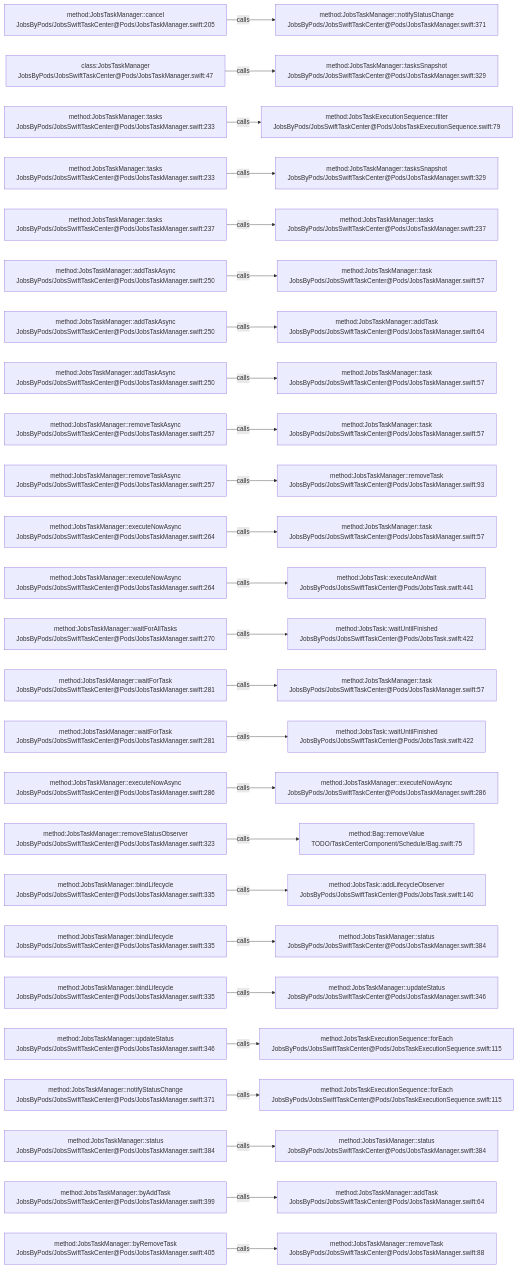
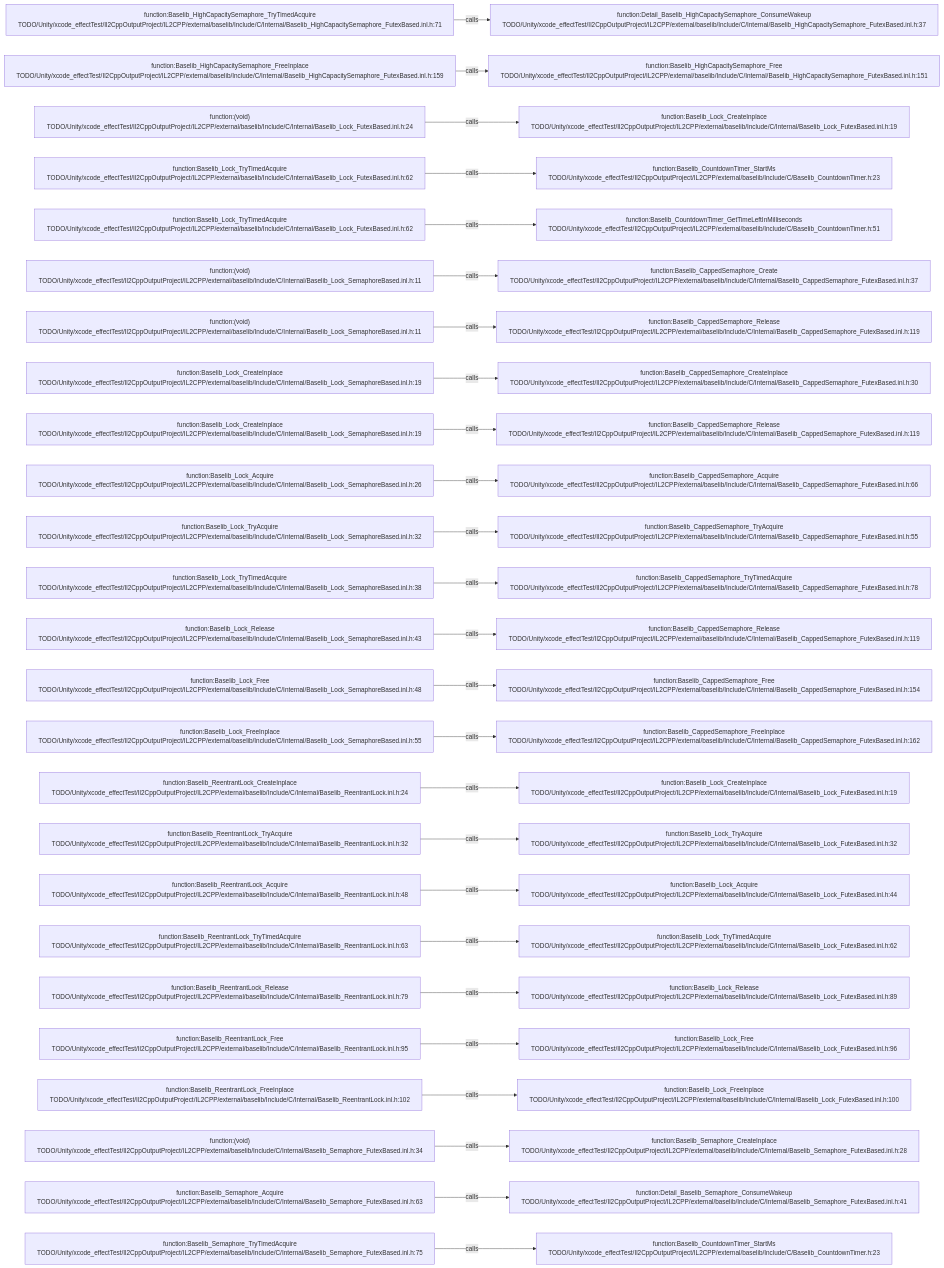
One commit to JobsKits/JobsSwiftBaseConfigDemo changed the diagram in .codegraph/codegraph.md/graphs/calls-057.md. Above: the diagram before and after it, drawn with Mermaid. The commit also changed 227 other files, not shown here.

````diff
--- a/.codegraph/codegraph.md/graphs/calls-057.md
+++ b/.codegraph/codegraph.md/graphs/calls-057.md
@@ -13,78 +13,78 @@
 ```mermaid
 flowchart LR
-  S1["method:JobsTaskManager::cancel<br/>JobsByPods/JobsSwiftTaskCenter@Pods/JobsTaskManager.swift:205"]
-  T1["method:JobsTaskManager::notifyStatusChange<br/>JobsByPods/JobsSwiftTaskCenter@Pods/JobsTaskManager.swift:371"]
+  S1["function:Baselib_HighCapacitySemaphore_TryTimedAcquire<br/>TODO/Unity/xcode_effectTest/Il2CppOutputProject/IL2CPP/external/baselib/Include/C/Internal/Baselib_HighCapacitySemaphore_FutexBased.inl.h:71"]
+  T1["function:Detail_Baselib_HighCapacitySemaphore_ConsumeWakeup<br/>TODO/Unity/xcode_effectTest/Il2CppOutputProject/IL2CPP/external/baselib/Include/C/Internal/Baselib_HighCapacitySemaphore_FutexBased.inl.h:37"]
   S1 -->|calls| T1
-  S2["class:JobsTaskManager<br/>JobsByPods/JobsSwiftTaskCenter@Pods/JobsTaskManager.swift:47"]
-  T2["method:JobsTaskManager::tasksSnapshot<br/>JobsByPods/JobsSwiftTaskCenter@Pods/JobsTaskManager.swift:329"]
+  S2["function:Baselib_HighCapacitySemaphore_FreeInplace<br/>TODO/Unity/xcode_effectTest/Il2CppOutputProject/IL2CPP/external/baselib/Include/C/Internal/Baselib_HighCapacitySemaphore_FutexBased.inl.h:159"]
+  T2["function:Baselib_HighCapacitySemaphore_Free<br/>TODO/Unity/xcode_effectTest/Il2CppOutputProject/IL2CPP/external/baselib/Include/C/Internal/Baselib_HighCapacitySemaphore_FutexBased.inl.h:151"]
   S2 -->|calls| T2
-  S3["method:JobsTaskManager::tasks<br/>JobsByPods/JobsSwiftTaskCenter@Pods/JobsTaskManager.swift:233"]
-  T3["method:JobsTaskExecutionSequence::filter<br/>JobsByPods/JobsSwiftTaskCenter@Pods/JobsTaskExecutionSequence.swift:79"]
+  S3["function:(void)<br/>TODO/Unity/xcode_effectTest/Il2CppOutputProject/IL2CPP/external/baselib/Include/C/Internal/Baselib_Lock_FutexBased.inl.h:24"]
+  T3["function:Baselib_Lock_CreateInplace<br/>TODO/Unity/xcode_effectTest/Il2CppOutputProject/IL2CPP/external/baselib/Include/C/Internal/Baselib_Lock_FutexBased.inl.h:19"]
   S3 -->|calls| T3
-  S4["method:JobsTaskManager::tasks<br/>JobsByPods/JobsSwiftTaskCenter@Pods/JobsTaskManager.swift:233"]
-  T4["method:JobsTaskManager::tasksSnapshot<br/>JobsByPods/JobsSwiftTaskCenter@Pods/JobsTaskManager.swift:329"]
+  S4["function:Baselib_Lock_TryTimedAcquire<br/>TODO/Unity/xcode_effectTest/Il2CppOutputProject/IL2CPP/external/baselib/Include/C/Internal/Baselib_Lock_FutexBased.inl.h:62"]
+  T4["function:Baselib_CountdownTimer_StartMs<br/>TODO/Unity/xcode_effectTest/Il2CppOutputProject/IL2CPP/external/baselib/Include/C/Baselib_CountdownTimer.h:23"]
   S4 -->|calls| T4
-  S5["method:JobsTaskManager::tasks<br/>JobsByPods/JobsSwiftTaskCenter@Pods/JobsTaskManager.swift:237"]
-  T5["method:JobsTaskManager::tasks<br/>JobsByPods/JobsSwiftTaskCenter@Pods/JobsTaskManager.swift:237"]
+  S5["function:Baselib_Lock_TryTimedAcquire<br/>TODO/Unity/xcode_effectTest/Il2CppOutputProject/IL2CPP/external/baselib/Include/C/Internal/Baselib_Lock_FutexBased.inl.h:62"]
+  T5["function:Baselib_CountdownTimer_GetTimeLeftInMilliseconds<br/>TODO/Unity/xcode_effectTest/Il2CppOutputProject/IL2CPP/external/baselib/Include/C/Baselib_CountdownTimer.h:51"]
   S5 -->|calls| T5
-  S6["method:JobsTaskManager::addTaskAsync<br/>JobsByPods/JobsSwiftTaskCenter@Pods/JobsTaskManager.swift:250"]
-  T6["method:JobsTaskManager::task<br/>JobsByPods/JobsSwiftTaskCenter@Pods/JobsTaskManager.swift:57"]
+  S6["function:(void)<br/>TODO/Unity/xcode_effectTest/Il2CppOutputProject/IL2CPP/external/baselib/Include/C/Internal/Baselib_Lock_SemaphoreBased.inl.h:11"]
+  T6["function:Baselib_CappedSemaphore_Create<br/>TODO/Unity/xcode_effectTest/Il2CppOutputProject/IL2CPP/external/baselib/Include/C/Internal/Baselib_CappedSemaphore_FutexBased.inl.h:37"]
   S6 -->|calls| T6
-  S7["method:JobsTaskManager::addTaskAsync<br/>JobsByPods/JobsSwiftTaskCenter@Pods/JobsTaskManager.swift:250"]
-  T7["method:JobsTaskManager::addTask<br/>JobsByPods/JobsSwiftTaskCenter@Pods/JobsTaskManager.swift:64"]
+  S7["function:(void)<br/>TODO/Unity/xcode_effectTest/Il2CppOutputProject/IL2CPP/external/baselib/Include/C/Internal/Baselib_Lock_SemaphoreBased.inl.h:11"]
+  T7["function:Baselib_CappedSemaphore_Release<br/>TODO/Unity/xcode_effectTest/Il2CppOutputProject/IL2CPP/external/baselib/Include/C/Internal/Baselib_CappedSemaphore_FutexBased.inl.h:119"]
   S7 -->|calls| T7
-  S8["method:JobsTaskManager::addTaskAsync<br/>JobsByPods/JobsSwiftTaskCenter@Pods/JobsTaskManager.swift:250"]
-  T8["method:JobsTaskManager::task<br/>JobsByPods/JobsSwiftTaskCenter@Pods/JobsTaskManager.swift:57"]
+  S8["function:Baselib_Lock_CreateInplace<br/>TODO/Unity/xcode_effectTest/Il2CppOutputProject/IL2CPP/external/baselib/Include/C/Internal/Baselib_Lock_SemaphoreBased.inl.h:19"]
+  T8["function:Baselib_CappedSemaphore_CreateInplace<br/>TODO/Unity/xcode_effectTest/Il2CppOutputProject/IL2CPP/external/baselib/Include/C/Internal/Baselib_CappedSemaphore_FutexBased.inl.h:30"]
   S8 -->|calls| T8
-  S9["method:JobsTaskManager::removeTaskAsync<br/>JobsByPods/JobsSwiftTaskCenter@Pods/JobsTaskManager.swift:257"]
-  T9["method:JobsTaskManager::task<br/>JobsByPods/JobsSwiftTaskCenter@Pods/JobsTaskManager.swift:57"]
+  S9["function:Baselib_Lock_CreateInplace<br/>TODO/Unity/xcode_effectTest/Il2CppOutputProject/IL2CPP/external/baselib/Include/C/Internal/Baselib_Lock_SemaphoreBased.inl.h:19"]
+  T9["function:Baselib_CappedSemaphore_Release<br/>TODO/Unity/xcode_effectTest/Il2CppOutputProject/IL2CPP/external/baselib/Include/C/Internal/Baselib_CappedSemaphore_FutexBased.inl.h:119"]
   S9 -->|calls| T9
-  S10["method:JobsTaskManager::removeTaskAsync<br/>JobsByPods/JobsSwiftTaskCenter@Pods/JobsTaskManager.swift:257"]
-  T10["method:JobsTaskManager::removeTask<br/>JobsByPods/JobsSwiftTaskCenter@Pods/JobsTaskManager.swift:93"]
+  S10["function:Baselib_Lock_Acquire<br/>TODO/Unity/xcode_effectTest/Il2CppOutputProject/IL2CPP/external/baselib/Include/C/Internal/Baselib_Lock_SemaphoreBased.inl.h:26"]
+  T10["function:Baselib_CappedSemaphore_Acquire<br/>TODO/Unity/xcode_effectTest/Il2CppOutputProject/IL2CPP/external/baselib/Include/C/Internal/Baselib_CappedSemaphore_FutexBased.inl.h:66"]
   S10 -->|calls| T10
-  S11["method:JobsTaskManager::executeNowAsync<br/>JobsByPods/JobsSwiftTaskCenter@Pods/JobsTaskManager.swift:264"]
-  T11["method:JobsTaskManager::task<br/>JobsByPods/JobsSwiftTaskCenter@Pods/JobsTaskManager.swift:57"]
+  S11["function:Baselib_Lock_TryAcquire<br/>TODO/Unity/xcode_effectTest/Il2CppOutputProject/IL2CPP/external/baselib/Include/C/Internal/Baselib_Lock_SemaphoreBased.inl.h:32"]
+  T11["function:Baselib_CappedSemaphore_TryAcquire<br/>TODO/Unity/xcode_effectTest/Il2CppOutputProject/IL2CPP/external/baselib/Include/C/Internal/Baselib_CappedSemaphore_FutexBased.inl.h:55"]
   S11 -->|calls| T11
-  S12["method:JobsTaskManager::executeNowAsync<br/>JobsByPods/JobsSwiftTaskCenter@Pods/JobsTaskManager.swift:264"]
-  T12["method:JobsTask::executeAndWait<br/>JobsByPods/JobsSwiftTaskCenter@Pods/JobsTask.swift:441"]
+  S12["function:Baselib_Lock_TryTimedAcquire<br/>TODO/Unity/xcode_effectTest/Il2CppOutputProject/IL2CPP/external/baselib/Include/C/Internal/Baselib_Lock_SemaphoreBased.inl.h:38"]
+  T12["function:Baselib_CappedSemaphore_TryTimedAcquire<br/>TODO/Unity/xcode_effectTest/Il2CppOutputProject/IL2CPP/external/baselib/Include/C/Internal/Baselib_CappedSemaphore_FutexBased.inl.h:78"]
   S12 -->|calls| T12
-  S13["method:JobsTaskManager::waitForAllTasks<br/>JobsByPods/JobsSwiftTaskCenter@Pods/JobsTaskManager.swift:270"]
-  T13["method:JobsTask::waitUntilFinished<br/>JobsByPods/JobsSwiftTaskCenter@Pods/JobsTask.swift:422"]
+  S13["function:Baselib_Lock_Release<br/>TODO/Unity/xcode_effectTest/Il2CppOutputProject/IL2CPP/external/baselib/Include/C/Internal/Baselib_Lock_SemaphoreBased.inl.h:43"]
+  T13["function:Baselib_CappedSemaphore_Release<br/>TODO/Unity/xcode_effectTest/Il2CppOutputProject/IL2CPP/external/baselib/Include/C/Internal/Baselib_CappedSemaphore_FutexBased.inl.h:119"]
   S13 -->|calls| T13
-  S14["method:JobsTaskManager::waitForTask<br/>JobsByPods/JobsSwiftTaskCenter@Pods/JobsTaskManager.swift:281"]
-  T14["method:JobsTaskManager::task<br/>JobsByPods/JobsSwiftTaskCenter@Pods/JobsTaskManager.swift:57"]
+  S14["function:Baselib_Lock_Free<br/>TODO/Unity/xcode_effectTest/Il2CppOutputProject/IL2CPP/external/baselib/Include/C/Internal/Baselib_Lock_SemaphoreBased.inl.h:48"]
+  T14["function:Baselib_CappedSemaphore_Free<br/>TODO/Unity/xcode_effectTest/Il2CppOutputProject/IL2CPP/external/baselib/Include/C/Internal/Baselib_CappedSemaphore_FutexBased.inl.h:154"]
   S14 -->|calls| T14
-  S15["method:JobsTaskManager::waitForTask<br/>JobsByPods/JobsSwiftTaskCenter@Pods/JobsTaskManager.swift:281"]
-  T15["method:JobsTask::waitUntilFinished<br/>JobsByPods/JobsSwiftTaskCenter@Pods/JobsTask.swift:422"]
+  S15["function:Baselib_Lock_FreeInplace<br/>TODO/Unity/xcode_effectTest/Il2CppOutputProject/IL2CPP/external/baselib/Include/C/Internal/Baselib_Lock_SemaphoreBased.inl.h:55"]
+  T15["function:Baselib_CappedSemaphore_FreeInplace<br/>TODO/Unity/xcode_effectTest/Il2CppOutputProject/IL2CPP/external/baselib/Include/C/Internal/Baselib_CappedSemaphore_FutexBased.inl.h:162"]
   S15 -->|calls| T15
-  S16["method:JobsTaskManager::executeNowAsync<br/>JobsByPods/JobsSwiftTaskCenter@Pods/JobsTaskManager.swift:286"]
-  T16["method:JobsTaskManager::executeNowAsync<br/>JobsByPods/JobsSwiftTaskCenter@Pods/JobsTaskManager.swift:286"]
+  S16["function:Baselib_ReentrantLock_CreateInplace<br/>TODO/Unity/xcode_effectTest/Il2CppOutputProject/IL2CPP/external/baselib/Include/C/Internal/Baselib_ReentrantLock.inl.h:24"]
+  T16["function:Baselib_Lock_CreateInplace<br/>TODO/Unity/xcode_effectTest/Il2CppOutputProject/IL2CPP/external/baselib/Include/C/Internal/Baselib_Lock_FutexBased.inl.h:19"]
   S16 -->|calls| T16
-  S17["method:JobsTaskManager::removeStatusObserver<br/>JobsByPods/JobsSwiftTaskCenter@Pods/JobsTaskManager.swift:323"]
-  T17["method:Bag::removeValue<br/>TODO/TaskCenterComponent/Schedule/Bag.swift:75"]
+  S17["function:Baselib_ReentrantLock_TryAcquire<br/>TODO/Unity/xcode_effectTest/Il2CppOutputProject/IL2CPP/external/baselib/Include/C/Internal/Baselib_ReentrantLock.inl.h:32"]
+  T17["function:Baselib_Lock_TryAcquire<br/>TODO/Unity/xcode_effectTest/Il2CppOutputProject/IL2CPP/external/baselib/Include/C/Internal/Baselib_Lock_FutexBased.inl.h:32"]
   S17 -->|calls| T17
-  S18["method:JobsTaskManager::bindLifecycle<br/>JobsByPods/JobsSwiftTaskCenter@Pods/JobsTaskManager.swift:335"]
-  T18["method:JobsTask::addLifecycleObserver<br/>JobsByPods/JobsSwiftTaskCenter@Pods/JobsTask.swift:140"]
+  S18["function:Baselib_ReentrantLock_Acquire<br/>TODO/Unity/xcode_effectTest/Il2CppOutputProject/IL2CPP/external/baselib/Include/C/Internal/Baselib_ReentrantLock.inl.h:48"]
+  T18["function:Baselib_Lock_Acquire<br/>TODO/Unity/xcode_effectTest/Il2CppOutputProject/IL2CPP/external/baselib/Include/C/Internal/Baselib_Lock_FutexBased.inl.h:44"]
   S18 -->|calls| T18
-  S19["method:JobsTaskManager::bindLifecycle<br/>JobsByPods/JobsSwiftTaskCenter@Pods/JobsTaskManager.swift:335"]
-  T19["method:JobsTaskManager::status<br/>JobsByPods/JobsSwiftTaskCenter@Pods/JobsTaskManager.swift:384"]
+  S19["function:Baselib_ReentrantLock_TryTimedAcquire<br/>TODO/Unity/xcode_effectTest/Il2CppOutputProject/IL2CPP/external/baselib/Include/C/Internal/Baselib_ReentrantLock.inl.h:63"]
+  T19["function:Baselib_Lock_TryTimedAcquire<br/>TODO/Unity/xcode_effectTest/Il2CppOutputProject/IL2CPP/external/baselib/Include/C/Internal/Baselib_Lock_FutexBased.inl.h:62"]
   S19 -->|calls| T19
-  S20["method:JobsTaskManager::bindLifecycle<br/>JobsByPods/JobsSwiftTaskCenter@Pods/JobsTaskManager.swift:335"]
-  T20["method:JobsTaskManager::updateStatus<br/>JobsByPods/JobsSwiftTaskCenter@Pods/JobsTaskManager.swift:346"]
+  S20["function:Baselib_ReentrantLock_Release<br/>TODO/Unity/xcode_effectTest/Il2CppOutputProject/IL2CPP/external/baselib/Include/C/Internal/Baselib_ReentrantLock.inl.h:79"]
+  T20["function:Baselib_Lock_Release<br/>TODO/Unity/xcode_effectTest/Il2CppOutputProject/IL2CPP/external/baselib/Include/C/Internal/Baselib_Lock_FutexBased.inl.h:89"]
   S20 -->|calls| T20
-  S21["method:JobsTaskManager::updateStatus<br/>JobsByPods/JobsSwiftTaskCenter@Pods/JobsTaskManager.swift:346"]
-  T21["method:JobsTaskExecutionSequence::forEach<br/>JobsByPods/JobsSwiftTaskCenter@Pods/JobsTaskExecutionSequence.swift:115"]
+  S21["function:Baselib_ReentrantLock_Free<br/>TODO/Unity/xcode_effectTest/Il2CppOutputProject/IL2CPP/external/baselib/Include/C/Internal/Baselib_ReentrantLock.inl.h:95"]
+  T21["function:Baselib_Lock_Free<br/>TODO/Unity/xcode_effectTest/Il2CppOutputProject/IL2CPP/external/baselib/Include/C/Internal/Baselib_Lock_FutexBased.inl.h:96"]
   S21 -->|calls| T21
-  S22["method:JobsTaskManager::notifyStatusChange<br/>JobsByPods/JobsSwiftTaskCenter@Pods/JobsTaskManager.swift:371"]
-  T22["method:JobsTaskExecutionSequence::forEach<br/>JobsByPods/JobsSwiftTaskCenter@Pods/JobsTaskExecutionSequence.swift:115"]
+  S22["function:Baselib_ReentrantLock_FreeInplace<br/>TODO/Unity/xcode_effectTest/Il2CppOutputProject/IL2CPP/external/baselib/Include/C/Internal/Baselib_ReentrantLock.inl.h:102"]
+  T22["function:Baselib_Lock_FreeInplace<br/>TODO/Unity/xcode_effectTest/Il2CppOutputProject/IL2CPP/external/baselib/Include/C/Internal/Baselib_Lock_FutexBased.inl.h:100"]
   S22 -->|calls| T22
-  S23["method:JobsTaskManager::status<br/>JobsByPods/JobsSwiftTaskCenter@Pods/JobsTaskManager.swift:384"]
-  T23["method:JobsTaskManager::status<br/>JobsByPods/JobsSwiftTaskCenter@Pods/JobsTaskManager.swift:384"]
+  S23["function:(void)<br/>TODO/Unity/xcode_effectTest/Il2CppOutputProject/IL2CPP/external/baselib/Include/C/Internal/Baselib_Semaphore_FutexBased.inl.h:34"]
+  T23["function:Baselib_Semaphore_CreateInplace<br/>TODO/Unity/xcode_effectTest/Il2CppOutputProject/IL2CPP/external/baselib/Include/C/Internal/Baselib_Semaphore_FutexBased.inl.h:28"]
   S23 -->|calls| T23
-  S24["method:JobsTaskManager::byAddTask<br/>JobsByPods/JobsSwiftTaskCenter@Pods/JobsTaskManager.swift:399"]
-  T24["method:JobsTaskManager::addTask<br/>JobsByPods/JobsSwiftTaskCenter@Pods/JobsTaskManager.swift:64"]
+  S24["function:Baselib_Semaphore_Acquire<br/>TODO/Unity/xcode_effectTest/Il2CppOutputProject/IL2CPP/external/baselib/Include/C/Internal/Baselib_Semaphore_FutexBased.inl.h:63"]
+  T24["function:Detail_Baselib_Semaphore_ConsumeWakeup<br/>TODO/Unity/xcode_effectTest/Il2CppOutputProject/IL2CPP/external/baselib/Include/C/Internal/Baselib_Semaphore_FutexBased.inl.h:41"]
   S24 -->|calls| T24
-  S25["method:JobsTaskManager::byRemoveTask<br/>JobsByPods/JobsSwiftTaskCenter@Pods/JobsTaskManager.swift:405"]
-  T25["method:JobsTaskManager::removeTask<br/>JobsByPods/JobsSwiftTaskCenter@Pods/JobsTaskManager.swift:88"]
+  S25["function:Baselib_Semaphore_TryTimedAcquire<br/>TODO/Unity/xcode_effectTest/Il2CppOutputProject/IL2CPP/external/baselib/Include/C/Internal/Baselib_Semaphore_FutexBased.inl.h:75"]
+  T25["function:Baselib_CountdownTimer_StartMs<br/>TODO/Unity/xcode_effectTest/Il2CppOutputProject/IL2CPP/external/baselib/Include/C/Baselib_CountdownTimer.h:23"]
   S25 -->|calls| T25
 ```
````
